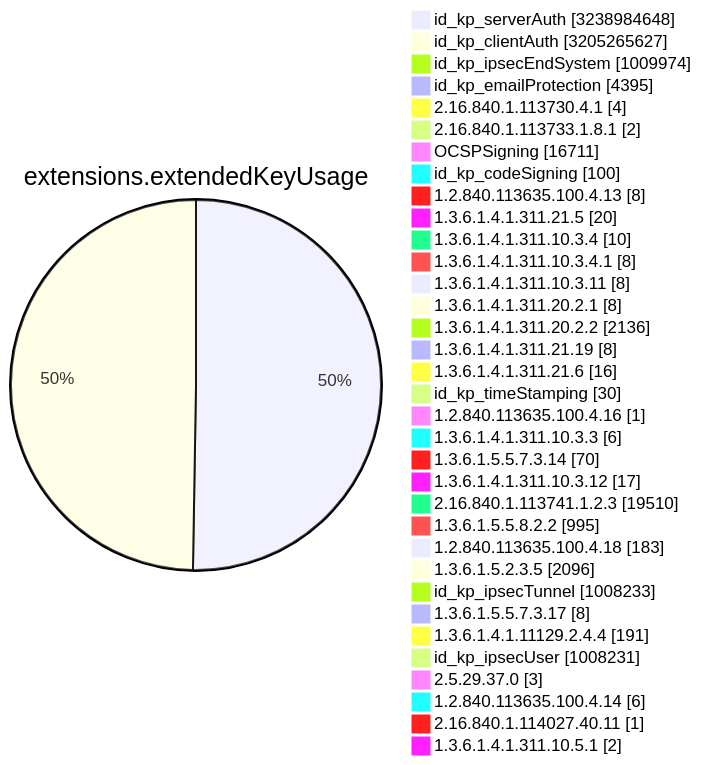
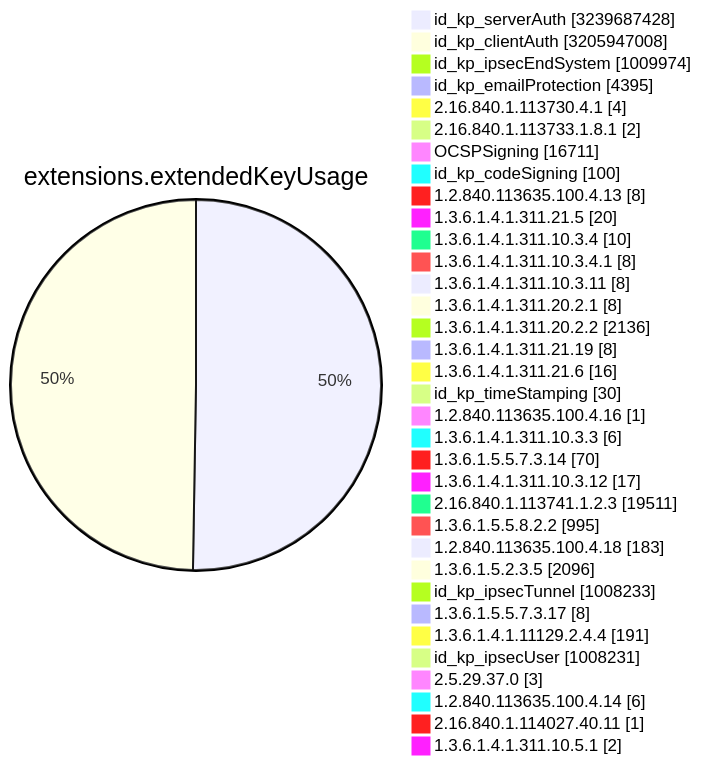
Before and after one commit to christiankrug/ctmonitor_visualization: diagram 11 of 15 in TOTAL/README.md, drawn with Mermaid. The commit also changed other lines of this file, not shown here.

````diff
--- a/TOTAL/README.md
+++ b/TOTAL/README.md
@@ -4119,38 +4119,38 @@
 ```mermaid
 pie showData
 title extensions.extendedKeyUsage
-"id_kp_serverAuth" :3238984648
-"id_kp_clientAuth" :3205265627
+"id_kp_serverAuth" :3239687428
+"id_kp_clientAuth" :3205947008
 "id_kp_ipsecEndSystem" :1009974
 "id_kp_emailProtection" :4395
 "2.16.840.1.113730.4.1" :4
 "2.16.840.1.113733.1.8.1" :2
 "OCSPSigning" :16711
 "id_kp_codeSigning" :100
 "1.2.840.113635.100.4.13" :8
 "1.3.6.1.4.1.311.21.5" :20
 "1.3.6.1.4.1.311.10.3.4" :10
 "1.3.6.1.4.1.311.10.3.4.1" :8
 "1.3.6.1.4.1.311.10.3.11" :8
 "1.3.6.1.4.1.311.20.2.1" :8
 "1.3.6.1.4.1.311.20.2.2" :2136
 "1.3.6.1.4.1.311.21.19" :8
 "1.3.6.1.4.1.311.21.6" :16
 "id_kp_timeStamping" :30
 "1.2.840.113635.100.4.16" :1
 "1.3.6.1.4.1.311.10.3.3" :6
 "1.3.6.1.5.5.7.3.14" :70
 "1.3.6.1.4.1.311.10.3.12" :17
-"2.16.840.1.113741.1.2.3" :19510
+"2.16.840.1.113741.1.2.3" :19511
 "1.3.6.1.5.5.8.2.2" :995
 "1.2.840.113635.100.4.18" :183
 "1.3.6.1.5.2.3.5" :2096
 "id_kp_ipsecTunnel" :1008233
 "1.3.6.1.5.5.7.3.17" :8
 "1.3.6.1.4.1.11129.2.4.4" :191
 "id_kp_ipsecUser" :1008231
 "2.5.29.37.0" :3
 "1.2.840.113635.100.4.14" :6
 "2.16.840.1.114027.40.11" :1
 "1.3.6.1.4.1.311.10.5.1" :2
 ```
````
